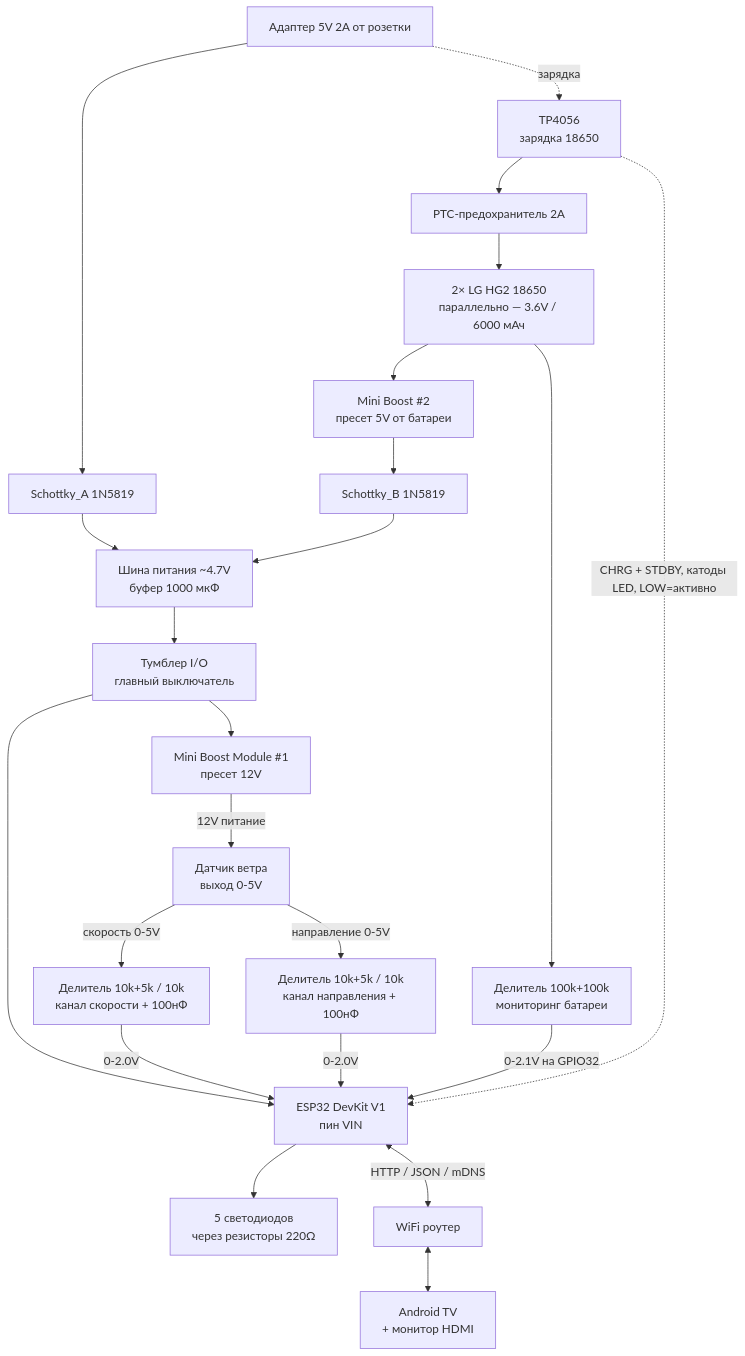
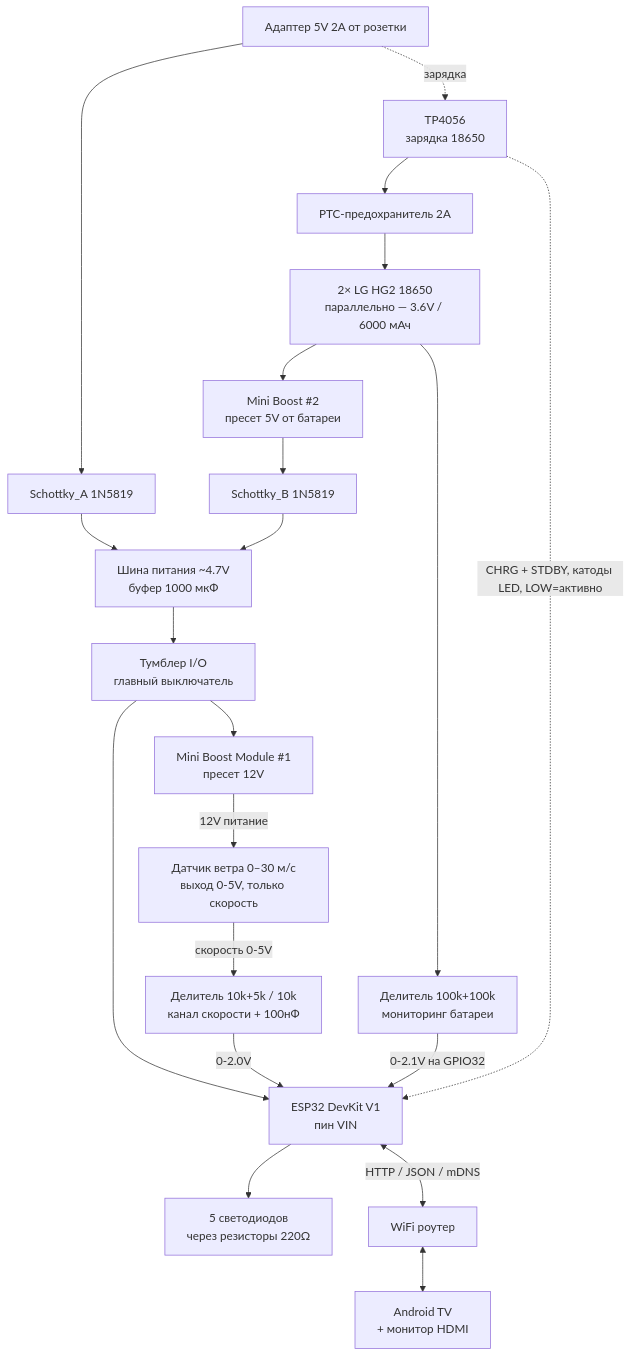
The first of 2 diagrams in wind-station-assembly.md (temafey/ArduinoWindStation), drawn with Mermaid before and after one commit. The commit also changed other lines of this file, not shown here.

First line of the commit message:
Документ сборки всё ещё описывал старый датчик с направлением

````diff
--- a/wind-station-assembly.md
+++ b/wind-station-assembly.md
@@ -72,44 +78,41 @@
 ```mermaid
 flowchart TB
     ADAPTER[Адаптер 5V 2A от розетки]
     SCHOTTKY_A[Schottky_A 1N5819]
     TP[TP4056<br/>зарядка 18650]
     PTC[PTC-предохранитель 2A]
     BAT[2× LG HG2 18650<br/>параллельно — 3.6V / 6000 мАч]
     BOOST2[Mini Boost #2<br/>пресет 5V от батареи]
     SCHOTTKY_B[Schottky_B 1N5819]
     RAIL[Шина питания ~4.7V<br/>буфер 1000 мкФ]
     SW[Тумблер I/O<br/>главный выключатель]
     MT[Mini Boost Module #1<br/>пресет 12V]
     ESP[ESP32 DevKit V1<br/>пин VIN]
-    SENSOR[Датчик ветра<br/>выход 0-5V]
+    SENSOR[Датчик ветра 0–30 м/с<br/>выход 0-5V, только скорость]
     DIV1[Делитель 10k+5k / 10k<br/>канал скорости + 100нФ]
-    DIV2[Делитель 10k+5k / 10k<br/>канал направления + 100нФ]
     BATDIV[Делитель 100k+100k<br/>мониторинг батареи]
     LEDS[5 светодиодов<br/>через резисторы 220Ω]
     WIFI[WiFi роутер]
     TV[Android TV<br/>+ монитор HDMI]
 
     ADAPTER --> SCHOTTKY_A
     SCHOTTKY_A --> RAIL
     ADAPTER -.зарядка.-> TP
     TP --> PTC
     PTC --> BAT
     BAT --> BOOST2
     BOOST2 --> SCHOTTKY_B
     SCHOTTKY_B --> RAIL
     RAIL --> SW
     SW --> ESP
     SW --> MT
     MT -->|12V питание| SENSOR
     SENSOR -->|скорость 0-5V| DIV1
-    SENSOR -->|направление 0-5V| DIV2
     DIV1 -->|0-2.0V| ESP
-    DIV2 -->|0-2.0V| ESP
     BAT --> BATDIV
     BATDIV -->|0-2.1V на GPIO32| ESP
     TP -.CHRG + STDBY, катоды LED, LOW=активно.-> ESP
     ESP --> LEDS
     ESP <-->|HTTP / JSON / mDNS| WIFI
     WIFI <--> TV
 ```
````
